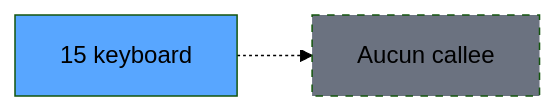
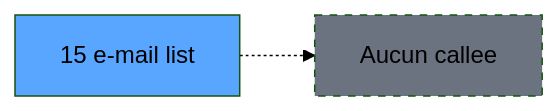
The third of 3 diagrams in .openspec/specs/ADH-IDE-15.md (thonyAGP/magic-migration), drawn with Mermaid (forest theme) before and after one commit. The commit also changed other lines of this file and 311 other files, not shown here.

````diff
--- a/.openspec/specs/ADH-IDE-15.md
+++ b/.openspec/specs/ADH-IDE-15.md
@@ -942,8 +126,8 @@
 ```mermaid
 graph LR
-    T15[15 keyboard]
+    T15[15 e-mail list]
     style T15 fill:#58a6ff
     NONE[Aucun callee]
     T15 -.-> NONE
     style NONE fill:#6b7280,stroke-dasharray: 5 5
 ```
````
